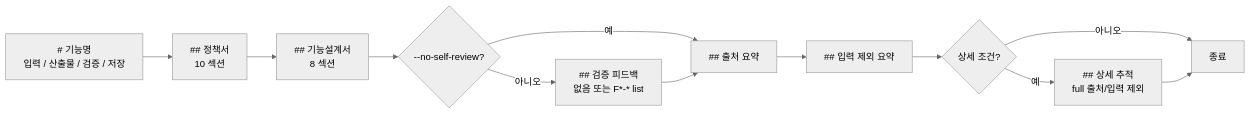
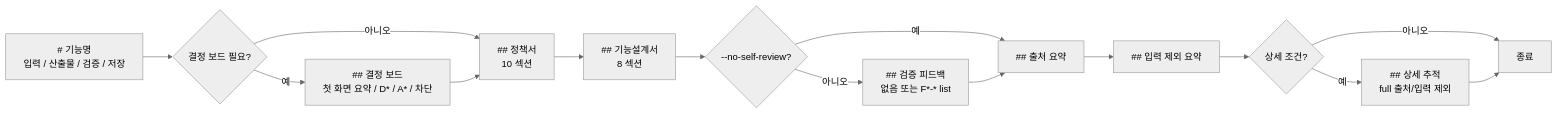
One commit to inkwonjung-colosseum/plugins changed the ninth of 11 diagrams in planning-kit/docs/planning-format-workflow.md. Above: the diagram before and after it, drawn with Mermaid (neutral theme). The commit also changed other lines of this file and 33 other files, not shown here.

````diff
--- a/planning-kit/docs/planning-format-workflow.md
+++ b/planning-kit/docs/planning-format-workflow.md
@@ -246,15 +247,18 @@
 ```mermaid
 flowchart LR
   H["# 기능명<br/>입력 / 산출물 / 검증 / 저장"]
-  H --> P[## 정책서<br/>10 섹션]
+  H --> DB{결정 보드 필요?}
+  DB -->|예| BOARD["## 결정 보드<br/>첫 화면 요약 / D* / A* / 차단"]
+  DB -->|아니오| P[## 정책서<br/>10 섹션]
+  BOARD --> P
   P --> F[## 기능설계서<br/>8 섹션]
   F --> FB{--no-self-review?}
   FB -->|아니오| FBB["## 검증 피드백<br/>없음 또는 F*-* list"]
   FB -->|예| SRC
   FBB --> SRC["## 출처 요약"]
   SRC --> EXB["## 입력 제외 요약"]
   EXB --> TR{상세 조건?}
   TR -->|예| TRB["## 상세 추적<br/>full 출처/입력 제외"]
   TR -->|아니오| END[종료]
   TRB --> END
 ```
````
